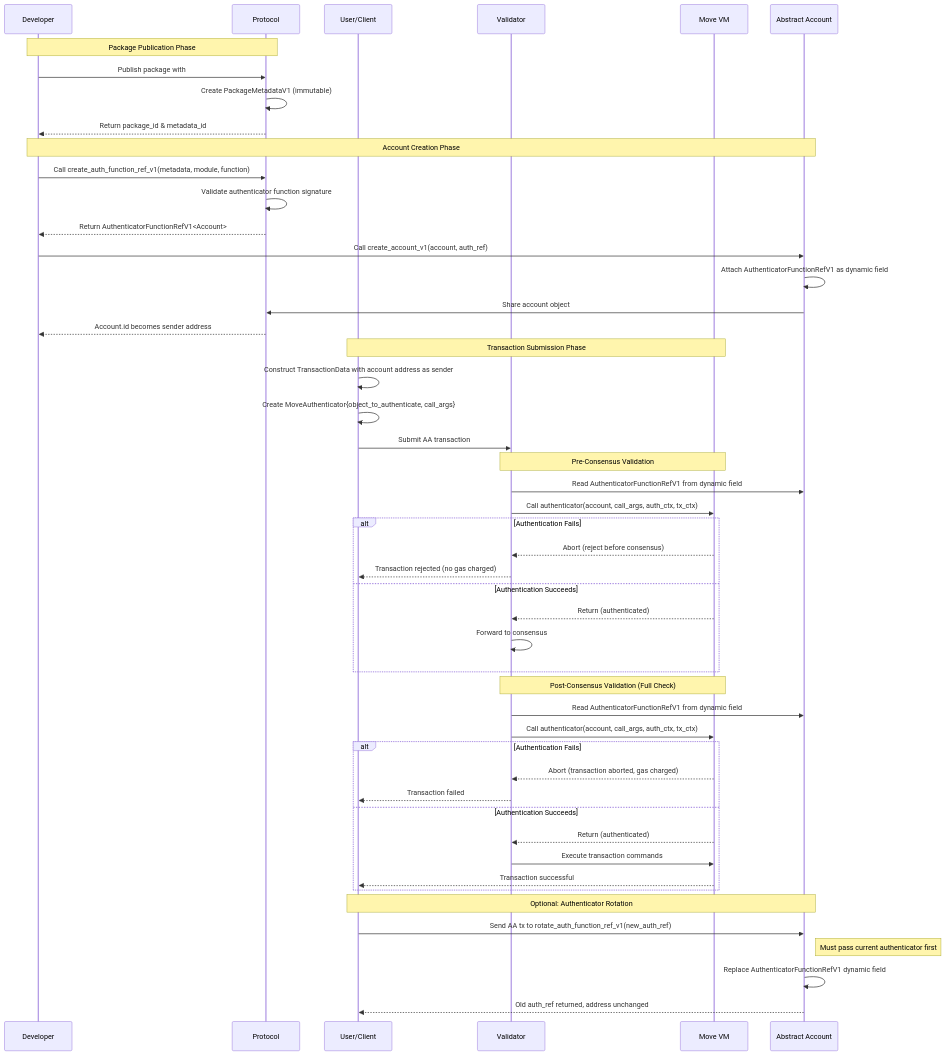
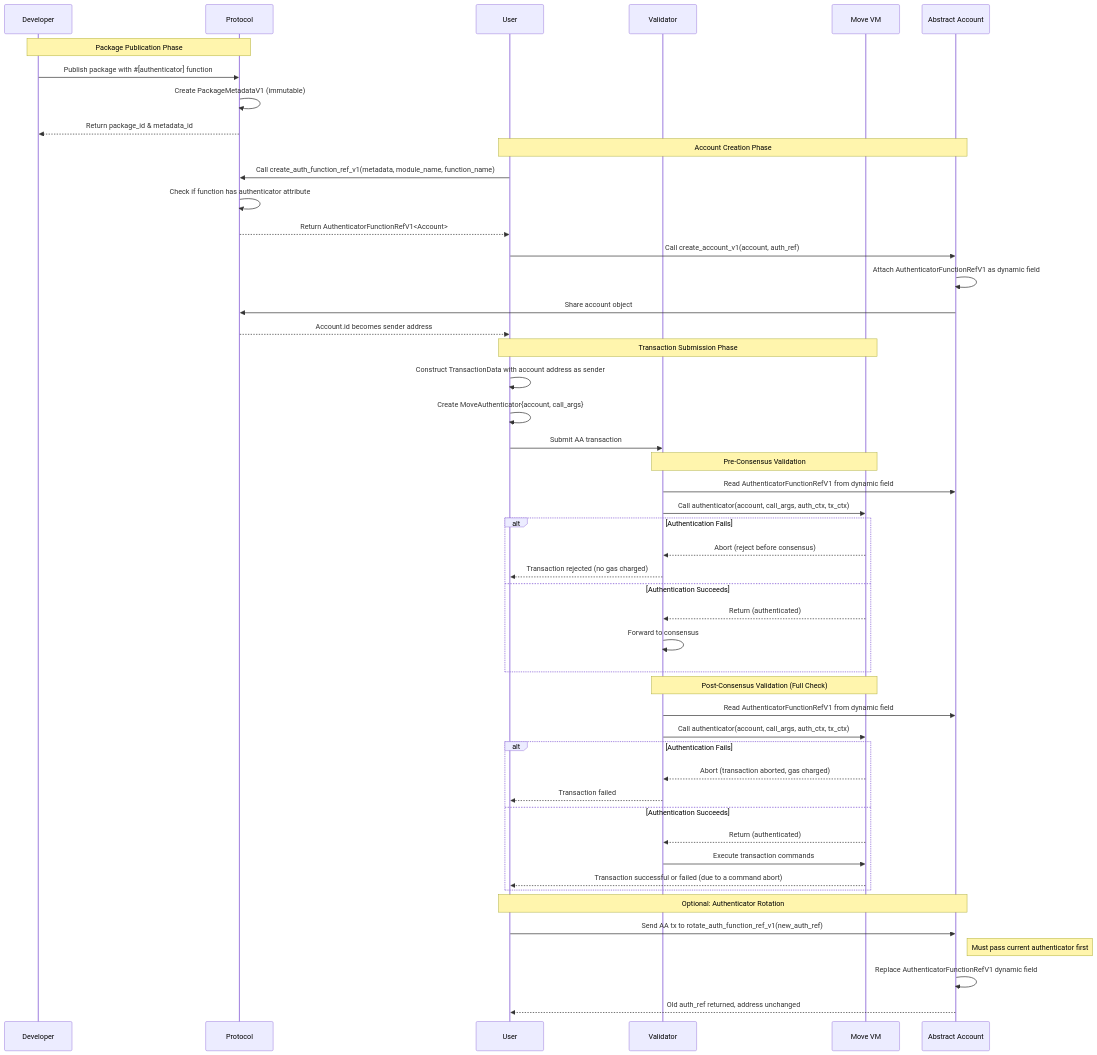
One commit to iotaledger/iota changed the first of 2 diagrams in docs/content/developer/move/explanations/account-abstraction/introduction.mdx. Above: the diagram before and after it, drawn with Mermaid. The commit also changed other lines of this file, not shown here.

Commit message:
fix(docs): update sequence diagram and flowchart

````diff
--- a/docs/content/developer/move/explanations/account-abstraction/introduction.mdx
+++ b/docs/content/developer/move/explanations/account-abstraction/introduction.mdx
@@ -38,57 +38,57 @@
 ```mermaid
 sequenceDiagram
     participant Dev as Developer
     participant Protocol as Protocol
-    participant User as User/Client
+    participant User as User
     participant Validator as Validator
     participant MoveVM as Move VM
     participant Account as Abstract Account
 
     Note over Dev,Protocol: Package Publication Phase
-    Dev->>Protocol: Publish package with #[authenticator] function
+    Dev->>Protocol: Publish package with #35;[authenticator] function
     Protocol->>Protocol: Create PackageMetadataV1 (immutable)
     Protocol-->>Dev: Return package_id & metadata_id
 
-    Note over Dev,Account: Account Creation Phase
-    Dev->>Protocol: Call create_auth_function_ref_v1(metadata, module, function)
-    Protocol->>Protocol: Validate authenticator function signature
-    Protocol-->>Dev: Return AuthenticatorFunctionRefV1<Account>
-    Dev->>Account: Call create_account_v1(account, auth_ref)
+    Note over User,Account: Account Creation Phase
+    User->>Protocol: Call create_auth_function_ref_v1(metadata, module_name, function_name)
+    Protocol->>Protocol: Check if function has authenticator attribute
+    Protocol-->>User: Return AuthenticatorFunctionRefV1<Account>
+    User->>Account: Call create_account_v1(account, auth_ref)
     Account->>Account: Attach AuthenticatorFunctionRefV1 as dynamic field
     Account->>Protocol: Share account object
-    Protocol-->>Dev: Account.id becomes sender address
+    Protocol-->>User: Account.id becomes sender address
 
     Note over User,MoveVM: Transaction Submission Phase
     User->>User: Construct TransactionData with account address as sender
-    User->>User: Create MoveAuthenticator{object_to_authenticate, call_args}
+    User->>User: Create MoveAuthenticator{account, call_args}
     User->>Validator: Submit AA transaction
 
     Note over Validator,MoveVM: Pre-Consensus Validation
     Validator->>Account: Read AuthenticatorFunctionRefV1 from dynamic field
     Validator->>MoveVM: Call authenticator(account, call_args, auth_ctx, tx_ctx)
     alt Authentication Fails
         MoveVM-->>Validator: Abort (reject before consensus)
         Validator-->>User: Transaction rejected (no gas charged)
     else Authentication Succeeds
         MoveVM-->>Validator: Return (authenticated)
         Validator->>Validator: Forward to consensus
     end
 
     Note over Validator,MoveVM: Post-Consensus Validation (Full Check)
     Validator->>Account: Read AuthenticatorFunctionRefV1 from dynamic field
     Validator->>MoveVM: Call authenticator(account, call_args, auth_ctx, tx_ctx)
     alt Authentication Fails
         MoveVM-->>Validator: Abort (transaction aborted, gas charged)
         Validator-->>User: Transaction failed
     else Authentication Succeeds
         MoveVM-->>Validator: Return (authenticated)
         Validator->>MoveVM: Execute transaction commands
-        MoveVM-->>User: Transaction successful
+        MoveVM-->>User: Transaction successful or failed (due to a command abort)
     end
 
     Note over User,Account: Optional: Authenticator Rotation
     User->>Account: Send AA tx to rotate_auth_function_ref_v1(new_auth_ref)
     Note right of Account: Must pass current authenticator first
     Account->>Account: Replace AuthenticatorFunctionRefV1 dynamic field
     Account-->>User: Old auth_ref returned, address unchanged
 ```
````
